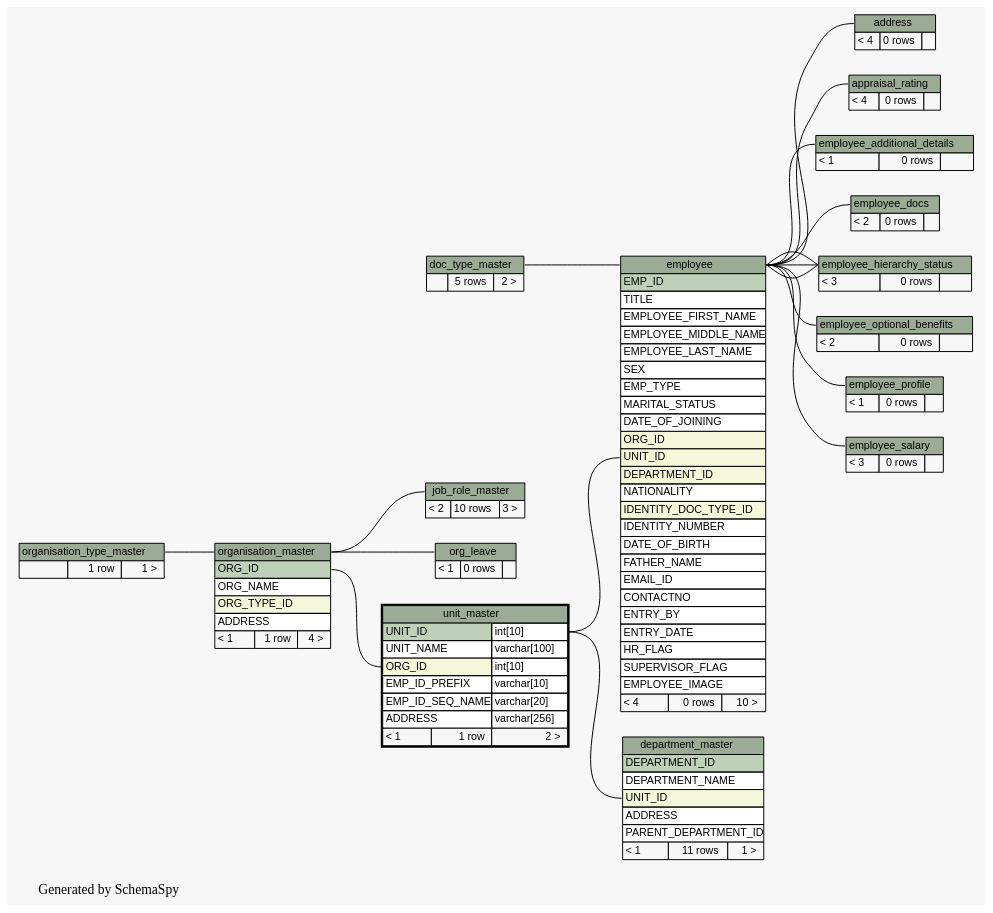
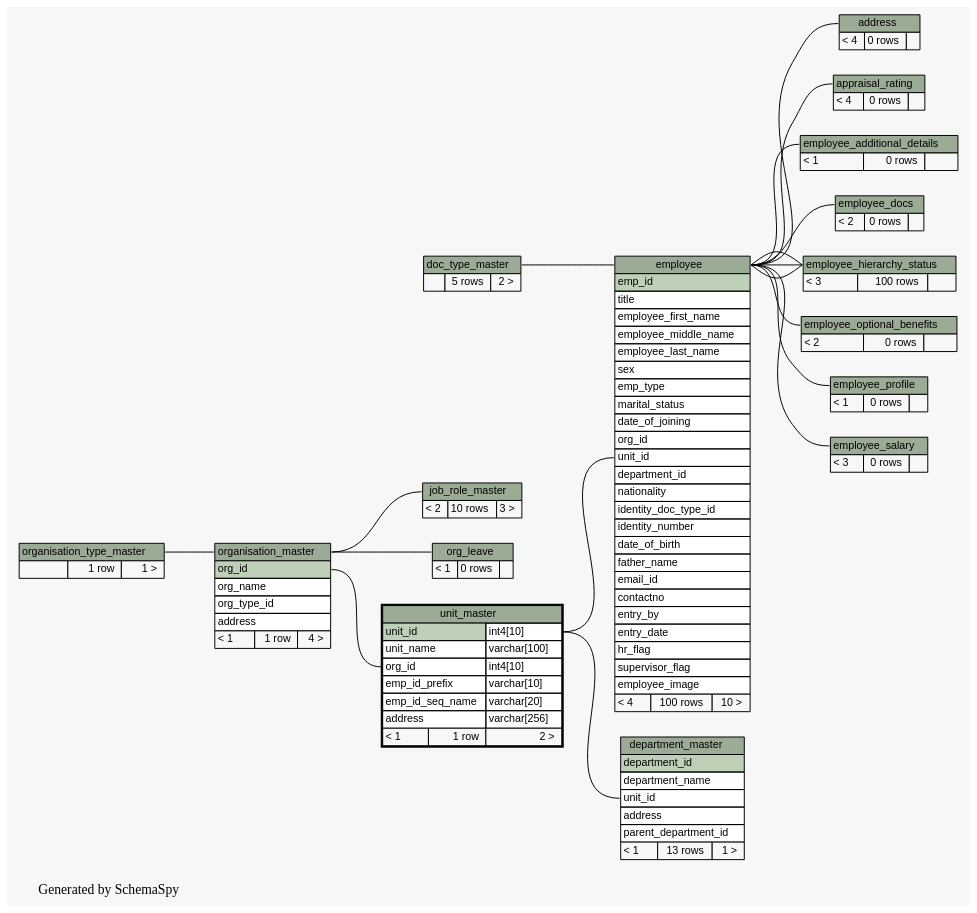
The diagram in docs/database/schemaspy/graphs/unit_master.2degrees.dot (engineerscraft/hrms), drawn with Graphviz before and after one commit. The commit also changed 214 other files, not shown here.

```diff
--- a/docs/database/schemaspy/graphs/unit_master.2degrees.dot
+++ b/docs/database/schemaspy/graphs/unit_master.2degrees.dot
@@ -14,11 +14,11 @@
   edge [
     arrowsize="0.8"
   ];
-  "address":"address.heading":w -> "employee":"employee.heading":e [arrowtail=tee arrowhead=none];
+  "address":"address.heading":w -> "employee":"employee.heading":e [arrowtail=crowtee arrowhead=none];
   "appraisal_rating":"appraisal_rating.heading":w -> "employee":"employee.heading":e [arrowtail=crowtee arrowhead=none];
-  "department_master":"UNIT_ID":w -> "unit_master":"UNIT_ID.type":e [arrowtail=crowodot arrowhead=none];
+  "department_master":"unit_id":w -> "unit_master":"unit_id.type":e [arrowtail=crowodot arrowhead=none];
   "employee":"employee.heading":w -> "doc_type_master":"doc_type_master.heading":e [arrowtail=crowodot arrowhead=none];
-  "employee":"UNIT_ID":w -> "unit_master":"UNIT_ID.type":e [arrowtail=crowodot arrowhead=none];
+  "employee":"unit_id":w -> "unit_master":"unit_id.type":e [arrowtail=crowodot arrowhead=none];
   "employee_additional_details":"employee_additional_details.heading":w -> "employee":"employee.heading":e [arrowtail=tee arrowhead=none];
   "employee_docs":"employee_docs.heading":w -> "employee":"employee.heading":e [arrowtail=crowtee arrowhead=none];
   "employee_hierarchy_status":"employee_hierarchy_status.heading":w -> "employee":"employee.heading":e [arrowtail=tee arrowhead=none];
@@ -30,7 +30,7 @@
   "job_role_master":"job_role_master.heading":w -> "organisation_master":"organisation_master.heading":e [arrowtail=crowtee arrowhead=none];
   "org_leave":"org_leave.heading":w -> "organisation_master":"organisation_master.heading":e [arrowtail=crowodot arrowhead=none];
   "organisation_master":"organisation_master.heading":w -> "organisation_type_master":"organisation_type_master.heading":e [arrowtail=crowodot arrowhead=none];
-  "unit_master":"ORG_ID":w -> "organisation_master":"ORG_ID":e [arrowtail=crowodot arrowhead=none];
+  "unit_master":"org_id":w -> "organisation_master":"org_id":e [arrowtail=crowodot arrowhead=none];
   "address" [
     label=<
     <TABLE BORDER="0" CELLBORDER="1" CELLSPACING="0" BGCOLOR="#ffffff">
@@ -53,12 +53,12 @@
     label=<
     <TABLE BORDER="0" CELLBORDER="1" CELLSPACING="0" BGCOLOR="#ffffff">
       <TR><TD PORT="department_master.heading" COLSPAN="3" BGCOLOR="#9bab96" ALIGN="CENTER">department_master</TD></TR>
-      <TR><TD PORT="DEPARTMENT_ID" COLSPAN="3" BGCOLOR="#bed1b8" ALIGN="LEFT">DEPARTMENT_ID</TD></TR>
-      <TR><TD PORT="DEPARTMENT_NAME" COLSPAN="3" ALIGN="LEFT">DEPARTMENT_NAME</TD></TR>
-      <TR><TD PORT="UNIT_ID" COLSPAN="3" BGCOLOR="#f4f7da" ALIGN="LEFT">UNIT_ID</TD></TR>
-      <TR><TD PORT="ADDRESS" COLSPAN="3" ALIGN="LEFT">ADDRESS</TD></TR>
-      <TR><TD PORT="PARENT_DEPARTMENT_ID" COLSPAN="3" ALIGN="LEFT">PARENT_DEPARTMENT_ID</TD></TR>
-      <TR><TD ALIGN="LEFT" BGCOLOR="#f7f7f7">&lt; 1</TD><TD ALIGN="RIGHT" BGCOLOR="#f7f7f7">11 rows</TD><TD ALIGN="RIGHT" BGCOLOR="#f7f7f7">1 &gt;</TD></TR>
+      <TR><TD PORT="department_id" COLSPAN="3" BGCOLOR="#bed1b8" ALIGN="LEFT">department_id</TD></TR>
+      <TR><TD PORT="department_name" COLSPAN="3" ALIGN="LEFT">department_name</TD></TR>
+      <TR><TD PORT="unit_id" COLSPAN="3" ALIGN="LEFT">unit_id</TD></TR>
+      <TR><TD PORT="address" COLSPAN="3" ALIGN="LEFT">address</TD></TR>
+      <TR><TD PORT="parent_department_id" COLSPAN="3" ALIGN="LEFT">parent_department_id</TD></TR>
+      <TR><TD ALIGN="LEFT" BGCOLOR="#f7f7f7">&lt; 1</TD><TD ALIGN="RIGHT" BGCOLOR="#f7f7f7">13 rows</TD><TD ALIGN="RIGHT" BGCOLOR="#f7f7f7">1 &gt;</TD></TR>
     </TABLE>>
     URL="department_master.html#graph"
     tooltip="department_master"
@@ -76,31 +76,31 @@
     label=<
     <TABLE BORDER="0" CELLBORDER="1" CELLSPACING="0" BGCOLOR="#ffffff">
       <TR><TD PORT="employee.heading" COLSPAN="3" BGCOLOR="#9bab96" ALIGN="CENTER">employee</TD></TR>
-      <TR><TD PORT="EMP_ID" COLSPAN="3" BGCOLOR="#bed1b8" ALIGN="LEFT">EMP_ID</TD></TR>
-      <TR><TD PORT="TITLE" COLSPAN="3" ALIGN="LEFT">TITLE</TD></TR>
-      <TR><TD PORT="EMPLOYEE_FIRST_NAME" COLSPAN="3" ALIGN="LEFT">EMPLOYEE_FIRST_NAME</TD></TR>
-      <TR><TD PORT="EMPLOYEE_MIDDLE_NAME" COLSPAN="3" ALIGN="LEFT">EMPLOYEE_MIDDLE_NAME</TD></TR>
-      <TR><TD PORT="EMPLOYEE_LAST_NAME" COLSPAN="3" ALIGN="LEFT">EMPLOYEE_LAST_NAME</TD></TR>
-      <TR><TD PORT="SEX" COLSPAN="3" ALIGN="LEFT">SEX</TD></TR>
-      <TR><TD PORT="EMP_TYPE" COLSPAN="3" ALIGN="LEFT">EMP_TYPE</TD></TR>
-      <TR><TD PORT="MARITAL_STATUS" COLSPAN="3" ALIGN="LEFT">MARITAL_STATUS</TD></TR>
-      <TR><TD PORT="DATE_OF_JOINING" COLSPAN="3" ALIGN="LEFT">DATE_OF_JOINING</TD></TR>
-      <TR><TD PORT="ORG_ID" COLSPAN="3" BGCOLOR="#f4f7da" ALIGN="LEFT">ORG_ID</TD></TR>
-      <TR><TD PORT="UNIT_ID" COLSPAN="3" BGCOLOR="#f4f7da" ALIGN="LEFT">UNIT_ID</TD></TR>
-      <TR><TD PORT="DEPARTMENT_ID" COLSPAN="3" BGCOLOR="#f4f7da" ALIGN="LEFT">DEPARTMENT_ID</TD></TR>
-      <TR><TD PORT="NATIONALITY" COLSPAN="3" ALIGN="LEFT">NATIONALITY</TD></TR>
-      <TR><TD PORT="IDENTITY_DOC_TYPE_ID" COLSPAN="3" BGCOLOR="#f4f7da" ALIGN="LEFT">IDENTITY_DOC_TYPE_ID</TD></TR>
-      <TR><TD PORT="IDENTITY_NUMBER" COLSPAN="3" ALIGN="LEFT">IDENTITY_NUMBER</TD></TR>
-      <TR><TD PORT="DATE_OF_BIRTH" COLSPAN="3" ALIGN="LEFT">DATE_OF_BIRTH</TD></TR>
-      <TR><TD PORT="FATHER_NAME" COLSPAN="3" ALIGN="LEFT">FATHER_NAME</TD></TR>
-      <TR><TD PORT="EMAIL_ID" COLSPAN="3" ALIGN="LEFT">EMAIL_ID</TD></TR>
-      <TR><TD PORT="CONTACTNO" COLSPAN="3" ALIGN="LEFT">CONTACTNO</TD></TR>
-      <TR><TD PORT="ENTRY_BY" COLSPAN="3" ALIGN="LEFT">ENTRY_BY</TD></TR>
-      <TR><TD PORT="ENTRY_DATE" COLSPAN="3" ALIGN="LEFT">ENTRY_DATE</TD></TR>
-      <TR><TD PORT="HR_FLAG" COLSPAN="3" ALIGN="LEFT">HR_FLAG</TD></TR>
-      <TR><TD PORT="SUPERVISOR_FLAG" COLSPAN="3" ALIGN="LEFT">SUPERVISOR_FLAG</TD></TR>
-      <TR><TD PORT="EMPLOYEE_IMAGE" COLSPAN="3" ALIGN="LEFT">EMPLOYEE_IMAGE</TD></TR>
-      <TR><TD ALIGN="LEFT" BGCOLOR="#f7f7f7">&lt; 4</TD><TD ALIGN="RIGHT" BGCOLOR="#f7f7f7">0 rows</TD><TD ALIGN="RIGHT" BGCOLOR="#f7f7f7">10 &gt;</TD></TR>
+      <TR><TD PORT="emp_id" COLSPAN="3" BGCOLOR="#bed1b8" ALIGN="LEFT">emp_id</TD></TR>
+      <TR><TD PORT="title" COLSPAN="3" ALIGN="LEFT">title</TD></TR>
+      <TR><TD PORT="employee_first_name" COLSPAN="3" ALIGN="LEFT">employee_first_name</TD></TR>
+      <TR><TD PORT="employee_middle_name" COLSPAN="3" ALIGN="LEFT">employee_middle_name</TD></TR>
+      <TR><TD PORT="employee_last_name" COLSPAN="3" ALIGN="LEFT">employee_last_name</TD></TR>
+      <TR><TD PORT="sex" COLSPAN="3" ALIGN="LEFT">sex</TD></TR>
+      <TR><TD PORT="emp_type" COLSPAN="3" ALIGN="LEFT">emp_type</TD></TR>
+      <TR><TD PORT="marital_status" COLSPAN="3" ALIGN="LEFT">marital_status</TD></TR>
+      <TR><TD PORT="date_of_joining" COLSPAN="3" ALIGN="LEFT">date_of_joining</TD></TR>
+      <TR><TD PORT="org_id" COLSPAN="3" ALIGN="LEFT">org_id</TD></TR>
+      <TR><TD PORT="unit_id" COLSPAN="3" ALIGN="LEFT">unit_id</TD></TR>
+      <TR><TD PORT="department_id" COLSPAN="3" ALIGN="LEFT">department_id</TD></TR>
+      <TR><TD PORT="nationality" COLSPAN="3" ALIGN="LEFT">nationality</TD></TR>
+      <TR><TD PORT="identity_doc_type_id" COLSPAN="3" ALIGN="LEFT">identity_doc_type_id</TD></TR>
+      <TR><TD PORT="identity_number" COLSPAN="3" ALIGN="LEFT">identity_number</TD></TR>
+      <TR><TD PORT="date_of_birth" COLSPAN="3" ALIGN="LEFT">date_of_birth</TD></TR>
+      <TR><TD PORT="father_name" COLSPAN="3" ALIGN="LEFT">father_name</TD></TR>
+      <TR><TD PORT="email_id" COLSPAN="3" ALIGN="LEFT">email_id</TD></TR>
+      <TR><TD PORT="contactno" COLSPAN="3" ALIGN="LEFT">contactno</TD></TR>
+      <TR><TD PORT="entry_by" COLSPAN="3" ALIGN="LEFT">entry_by</TD></TR>
+      <TR><TD PORT="entry_date" COLSPAN="3" ALIGN="LEFT">entry_date</TD></TR>
+      <TR><TD PORT="hr_flag" COLSPAN="3" ALIGN="LEFT">hr_flag</TD></TR>
+      <TR><TD PORT="supervisor_flag" COLSPAN="3" ALIGN="LEFT">supervisor_flag</TD></TR>
+      <TR><TD PORT="employee_image" COLSPAN="3" ALIGN="LEFT">employee_image</TD></TR>
+      <TR><TD ALIGN="LEFT" BGCOLOR="#f7f7f7">&lt; 4</TD><TD ALIGN="RIGHT" BGCOLOR="#f7f7f7">100 rows</TD><TD ALIGN="RIGHT" BGCOLOR="#f7f7f7">10 &gt;</TD></TR>
     </TABLE>>
     URL="employee.html#graph"
     tooltip="employee"
@@ -127,7 +127,7 @@
     label=<
     <TABLE BORDER="0" CELLBORDER="1" CELLSPACING="0" BGCOLOR="#ffffff">
       <TR><TD PORT="employee_hierarchy_status.heading" COLSPAN="3" BGCOLOR="#9bab96" ALIGN="CENTER">employee_hierarchy_status</TD></TR>
-      <TR><TD ALIGN="LEFT" BGCOLOR="#f7f7f7">&lt; 3</TD><TD ALIGN="RIGHT" BGCOLOR="#f7f7f7">0 rows</TD><TD ALIGN="RIGHT" BGCOLOR="#f7f7f7">  </TD></TR>
+      <TR><TD ALIGN="LEFT" BGCOLOR="#f7f7f7">&lt; 3</TD><TD ALIGN="RIGHT" BGCOLOR="#f7f7f7">100 rows</TD><TD ALIGN="RIGHT" BGCOLOR="#f7f7f7">  </TD></TR>
     </TABLE>>
     URL="employee_hierarchy_status.html#graph"
     tooltip="employee_hierarchy_status"
@@ -181,10 +181,10 @@
     label=<
     <TABLE BORDER="0" CELLBORDER="1" CELLSPACING="0" BGCOLOR="#ffffff">
       <TR><TD PORT="organisation_master.heading" COLSPAN="3" BGCOLOR="#9bab96" ALIGN="CENTER">organisation_master</TD></TR>
-      <TR><TD PORT="ORG_ID" COLSPAN="3" BGCOLOR="#bed1b8" ALIGN="LEFT">ORG_ID</TD></TR>
-      <TR><TD PORT="ORG_NAME" COLSPAN="3" ALIGN="LEFT">ORG_NAME</TD></TR>
-      <TR><TD PORT="ORG_TYPE_ID" COLSPAN="3" BGCOLOR="#f4f7da" ALIGN="LEFT">ORG_TYPE_ID</TD></TR>
-      <TR><TD PORT="ADDRESS" COLSPAN="3" ALIGN="LEFT">ADDRESS</TD></TR>
+      <TR><TD PORT="org_id" COLSPAN="3" BGCOLOR="#bed1b8" ALIGN="LEFT">org_id</TD></TR>
+      <TR><TD PORT="org_name" COLSPAN="3" ALIGN="LEFT">org_name</TD></TR>
+      <TR><TD PORT="org_type_id" COLSPAN="3" ALIGN="LEFT">org_type_id</TD></TR>
+      <TR><TD PORT="address" COLSPAN="3" ALIGN="LEFT">address</TD></TR>
       <TR><TD ALIGN="LEFT" BGCOLOR="#f7f7f7">&lt; 1</TD><TD ALIGN="RIGHT" BGCOLOR="#f7f7f7">1 row</TD><TD ALIGN="RIGHT" BGCOLOR="#f7f7f7">4 &gt;</TD></TR>
     </TABLE>>
     URL="organisation_master.html#graph"
@@ -203,12 +203,12 @@
     label=<
     <TABLE BORDER="2" CELLBORDER="1" CELLSPACING="0" BGCOLOR="#ffffff">
       <TR><TD PORT="unit_master.heading" COLSPAN="3" BGCOLOR="#9bab96" ALIGN="CENTER">unit_master</TD></TR>
-      <TR><TD PORT="UNIT_ID" COLSPAN="2" BGCOLOR="#bed1b8" ALIGN="LEFT">UNIT_ID</TD><TD PORT="UNIT_ID.type" ALIGN="LEFT">int[10]</TD></TR>
-      <TR><TD PORT="UNIT_NAME" COLSPAN="2" ALIGN="LEFT">UNIT_NAME</TD><TD PORT="UNIT_NAME.type" ALIGN="LEFT">varchar[100]</TD></TR>
-      <TR><TD PORT="ORG_ID" COLSPAN="2" BGCOLOR="#f4f7da" ALIGN="LEFT">ORG_ID</TD><TD PORT="ORG_ID.type" ALIGN="LEFT">int[10]</TD></TR>
-      <TR><TD PORT="EMP_ID_PREFIX" COLSPAN="2" ALIGN="LEFT">EMP_ID_PREFIX</TD><TD PORT="EMP_ID_PREFIX.type" ALIGN="LEFT">varchar[10]</TD></TR>
-      <TR><TD PORT="EMP_ID_SEQ_NAME" COLSPAN="2" ALIGN="LEFT">EMP_ID_SEQ_NAME</TD><TD PORT="EMP_ID_SEQ_NAME.type" ALIGN="LEFT">varchar[20]</TD></TR>
-      <TR><TD PORT="ADDRESS" COLSPAN="2" ALIGN="LEFT">ADDRESS</TD><TD PORT="ADDRESS.type" ALIGN="LEFT">varchar[256]</TD></TR>
+      <TR><TD PORT="unit_id" COLSPAN="2" BGCOLOR="#bed1b8" ALIGN="LEFT">unit_id</TD><TD PORT="unit_id.type" ALIGN="LEFT">int4[10]</TD></TR>
+      <TR><TD PORT="unit_name" COLSPAN="2" ALIGN="LEFT">unit_name</TD><TD PORT="unit_name.type" ALIGN="LEFT">varchar[100]</TD></TR>
+      <TR><TD PORT="org_id" COLSPAN="2" ALIGN="LEFT">org_id</TD><TD PORT="org_id.type" ALIGN="LEFT">int4[10]</TD></TR>
+      <TR><TD PORT="emp_id_prefix" COLSPAN="2" ALIGN="LEFT">emp_id_prefix</TD><TD PORT="emp_id_prefix.type" ALIGN="LEFT">varchar[10]</TD></TR>
+      <TR><TD PORT="emp_id_seq_name" COLSPAN="2" ALIGN="LEFT">emp_id_seq_name</TD><TD PORT="emp_id_seq_name.type" ALIGN="LEFT">varchar[20]</TD></TR>
+      <TR><TD PORT="address" COLSPAN="2" ALIGN="LEFT">address</TD><TD PORT="address.type" ALIGN="LEFT">varchar[256]</TD></TR>
       <TR><TD ALIGN="LEFT" BGCOLOR="#f7f7f7">&lt; 1</TD><TD ALIGN="RIGHT" BGCOLOR="#f7f7f7">1 row</TD><TD ALIGN="RIGHT" BGCOLOR="#f7f7f7">2 &gt;</TD></TR>
     </TABLE>>
     URL="unit_master.html#"
```
